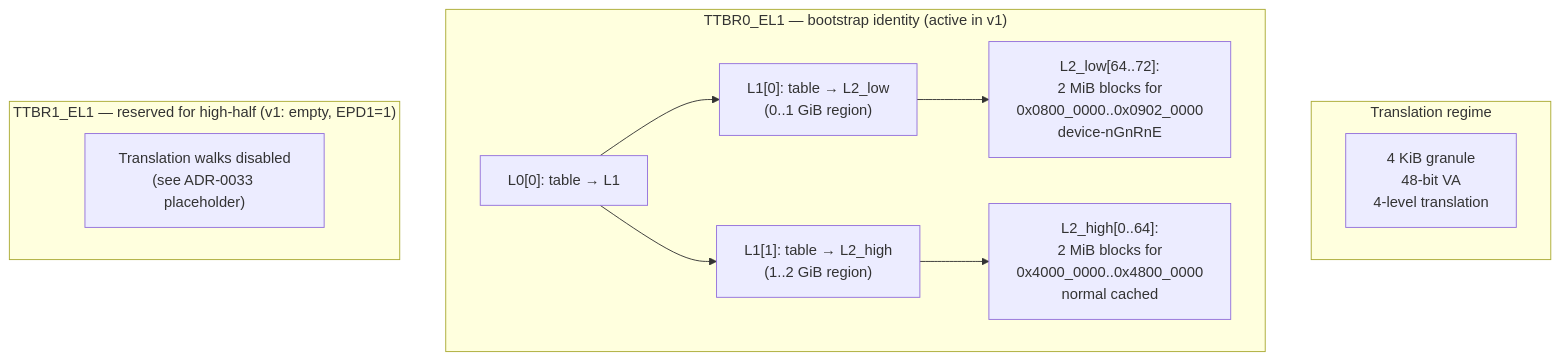
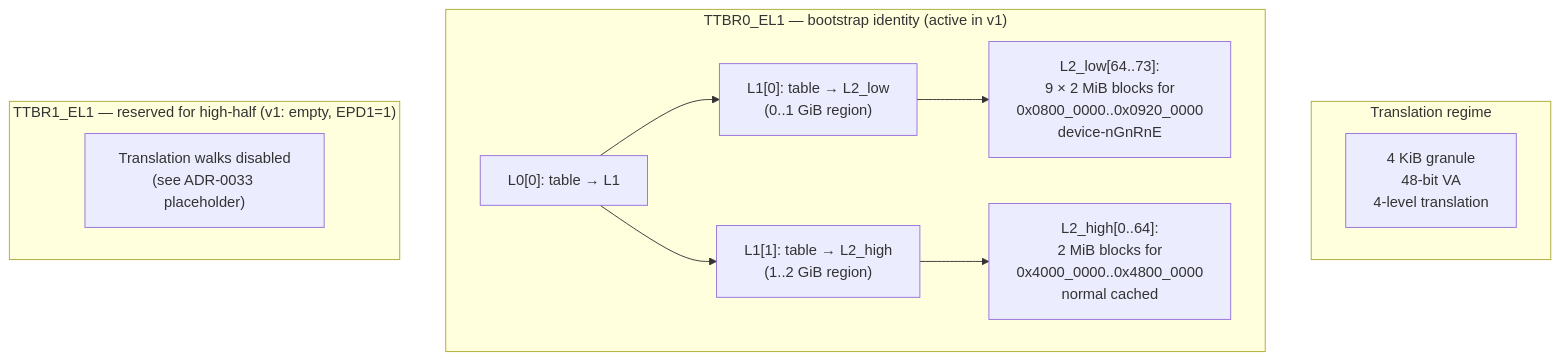
One commit to cemililik/Tyrne changed the first of 2 diagrams in docs/architecture/memory-management.md. Above: the diagram before and after it, drawn with Mermaid. The commit also changed 9 other files, not shown here.

````diff
--- a/docs/architecture/memory-management.md
+++ b/docs/architecture/memory-management.md
@@ -17,20 +17,20 @@
 ```mermaid
 flowchart TB
     subgraph "Translation regime"
         Granule[4 KiB granule<br/>48-bit VA<br/>4-level translation]
     end
     subgraph "TTBR0_EL1 — bootstrap identity (active in v1)"
         L0_0["L0[0]: table → L1"]
         L1_0["L1[0]: table → L2_low<br/>(0..1 GiB region)"]
         L1_1["L1[1]: table → L2_high<br/>(1..2 GiB region)"]
-        L2_low_mmio["L2_low[64..72]:<br/>2 MiB blocks for<br/>0x0800_0000..0x0902_0000<br/>device-nGnRnE"]
+        L2_low_mmio["L2_low[64..73]:<br/>9 × 2 MiB blocks for<br/>0x0800_0000..0x0920_0000<br/>device-nGnRnE"]
         L2_high_ram["L2_high[0..64]:<br/>2 MiB blocks for<br/>0x4000_0000..0x4800_0000<br/>normal cached"]
         L0_0 --> L1_0
         L0_0 --> L1_1
         L1_0 --> L2_low_mmio
         L1_1 --> L2_high_ram
     end
     subgraph "TTBR1_EL1 — reserved for high-half (v1: empty, EPD1=1)"
         Empty["Translation walks disabled<br/>(see ADR-0033 placeholder)"]
     end
 ```
````
